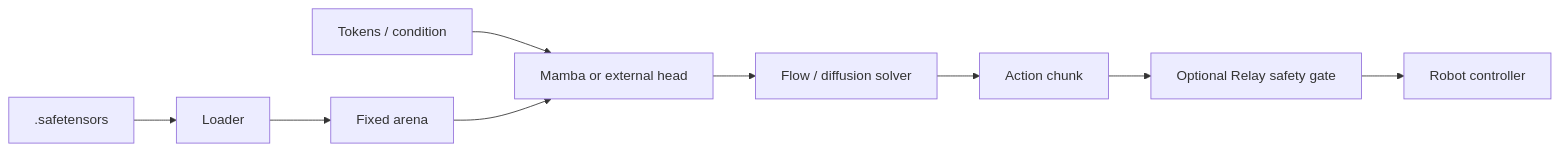
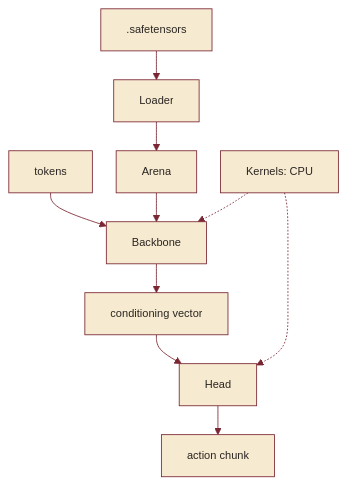
The diagram in docs/index.md (elprofesoriqo/FlowEdge), drawn with Mermaid before and after one commit. The commit also changed other lines of this file and 19 other files, not shown here.

````diff
--- a/docs/index.md
+++ b/docs/index.md
@@ -31,11 +63,13 @@
 ```{mermaid}
-flowchart LR
-  W[.safetensors] --> L[Loader]
-  L --> A[Fixed arena]
-  T[Tokens / condition] --> B[Mamba or external head]
+%%{init: {'theme':'base','flowchart':{'htmlLabels':false,'nodeSpacing':28,'rankSpacing':34,'useMaxWidth':false},'themeVariables':{'primaryColor':'#f6ead0','primaryBorderColor':'#7b2733','lineColor':'#7b2733','primaryTextColor':'#2b2521','secondaryColor':'#eaddbf','tertiaryColor':'#faf3e2','fontFamily':'system-ui, -apple-system, Segoe UI, Roboto, sans-serif','fontSize':'13px'}}}%%
+graph TD
+  W[".safetensors"] --> L[Loader]
+  L --> A[Arena]
+  T[tokens] --> B[Backbone]
   A --> B
-  B --> H[Flow / diffusion solver]
-  H --> O[Action chunk]
-  O --> G[Optional Relay safety gate]
-  G --> R[Robot controller]
+  B --> C[conditioning vector]
+  C --> H[Head]
+  H --> ACT[action chunk]
+  K["Kernels: CPU"] -.-> B
+  K -.-> H
 ```
````
